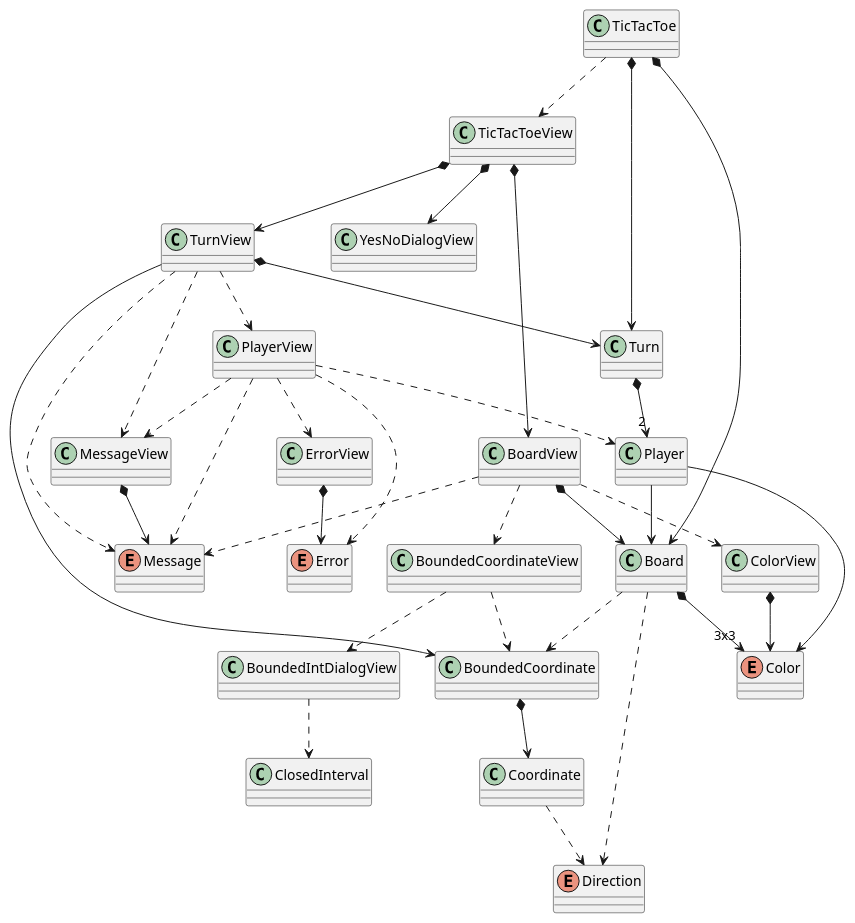
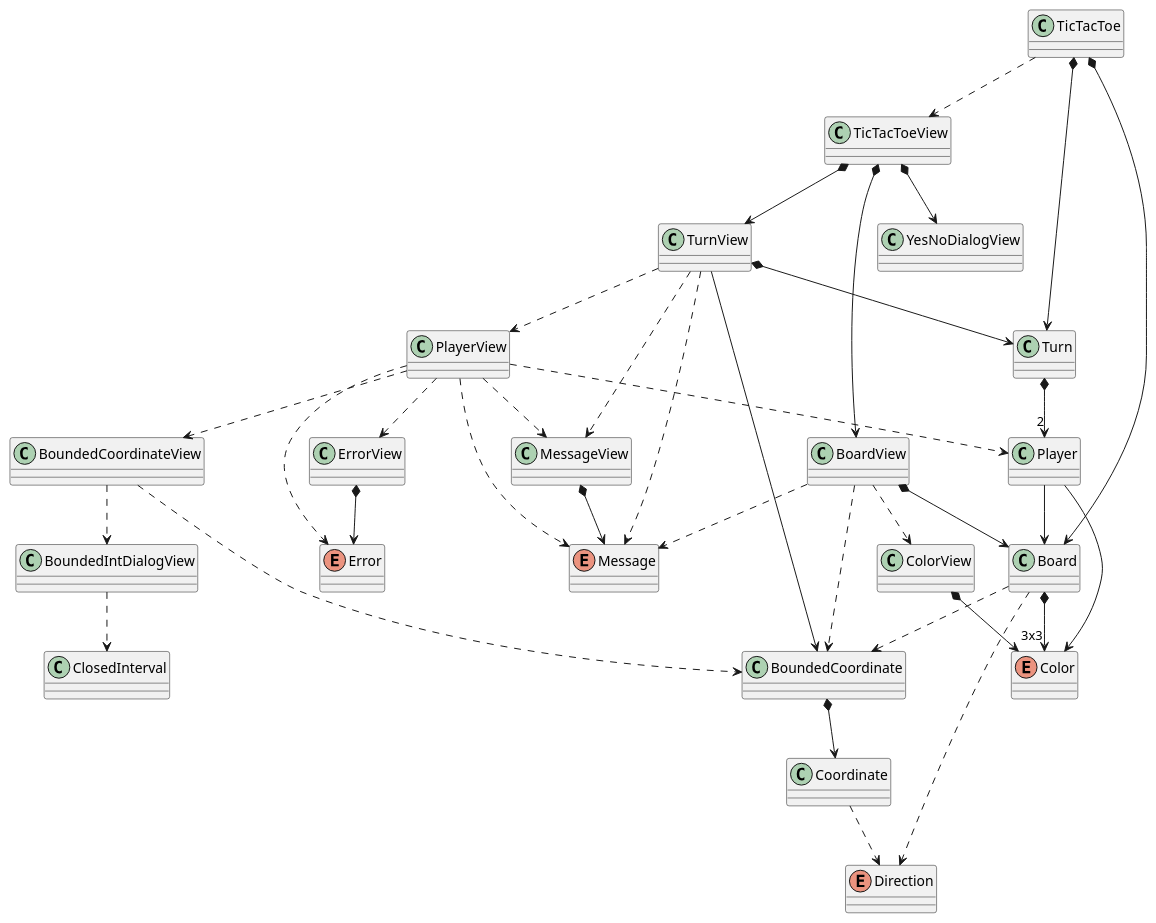
The diagram in tech-java-basadoObjetos/src/es/usantatecla/tictactoe_v2/docs/classes.puml (jumpering/lab-turing), drawn with PlantUML before and after one commit. The commit also changed 1 other file, not shown here.

```diff
--- a/tech-java-basadoObjetos/src/es/usantatecla/tictactoe_v2/docs/classes.puml
+++ b/tech-java-basadoObjetos/src/es/usantatecla/tictactoe_v2/docs/classes.puml
@@ -218,12 +218,13 @@
 PlayerView ..> Error
 PlayerView ..> MessageView
 PlayerView ..> Message
+PlayerView ..> BoundedCoordinateView
 ErrorView *--> Error
 Board *--> "3x3" Color
 Board ..> BoundedCoordinate
 Board ..> Direction
 BoardView ..> Message
-BoardView ..> BoundedCoordinateView
+BoardView ..> BoundedCoordinate
 BoardView *--> Board
 BoardView ..> ColorView
 BoundedCoordinate *--> Coordinate
```
